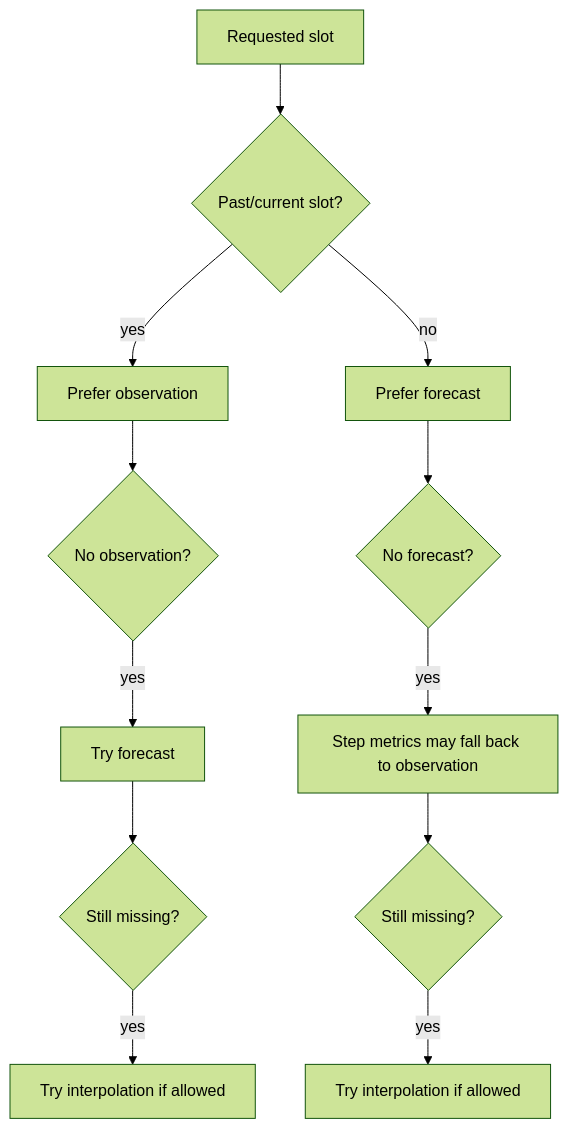
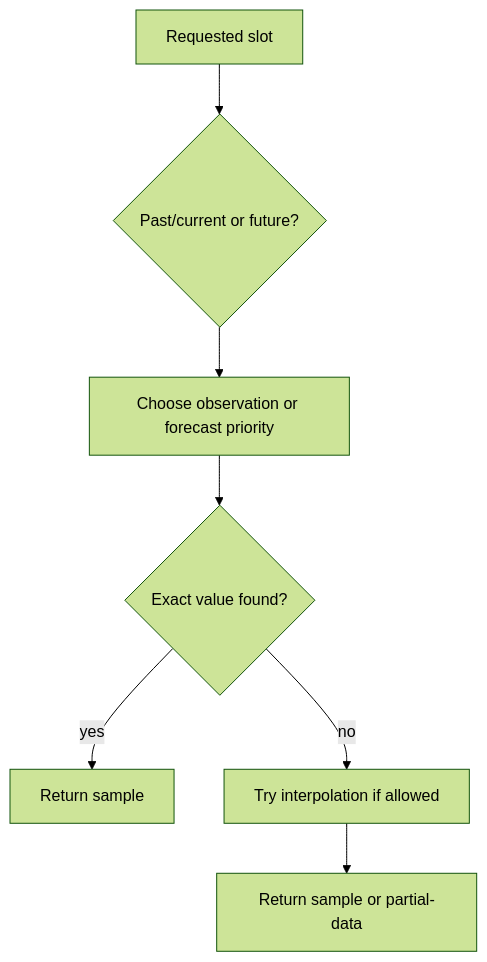
Before and after one commit to Under-Bordet-AB/Sunspots: the third of 4 diagrams in docs/manual/sdk.md, drawn with Mermaid (forest theme). The commit also changed other lines of this file and 2 other files, not shown here.

````diff
--- a/docs/manual/sdk.md
+++ b/docs/manual/sdk.md
@@ -303,14 +193,9 @@
 ```mermaid
 flowchart TD
-    A[Requested slot] --> B{Past/current slot?}
-    B -- yes --> C[Prefer observation]
-    C --> D{No observation?}
-    D -- yes --> E[Try forecast]
-    E --> F{Still missing?}
-    F -- yes --> G[Try interpolation if allowed]
-    B -- no --> H[Prefer forecast]
-    H --> I{No forecast?}
-    I -- yes --> J[Step metrics may fall back to observation]
-    J --> K{Still missing?}
-    K -- yes --> L[Try interpolation if allowed]
+    A[Requested slot] --> B{Past/current or future?}
+    B --> C[Choose observation or forecast priority]
+    C --> D{Exact value found?}
+    D -- yes --> E[Return sample]
+    D -- no --> F[Try interpolation if allowed]
+    F --> G[Return sample or partial-data]
 ```
````
